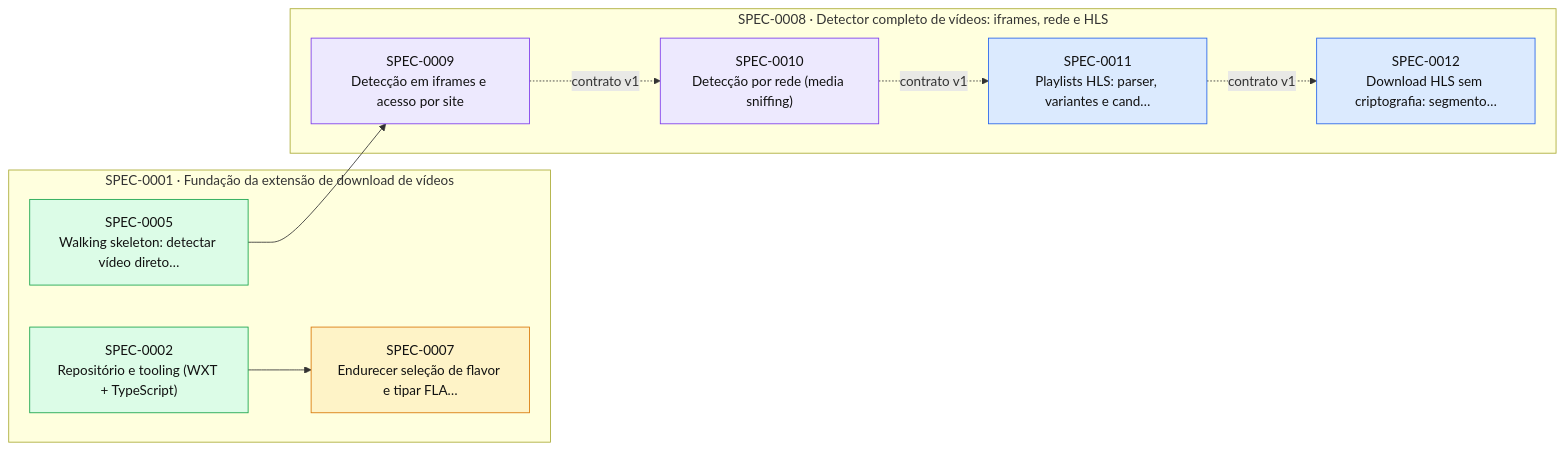
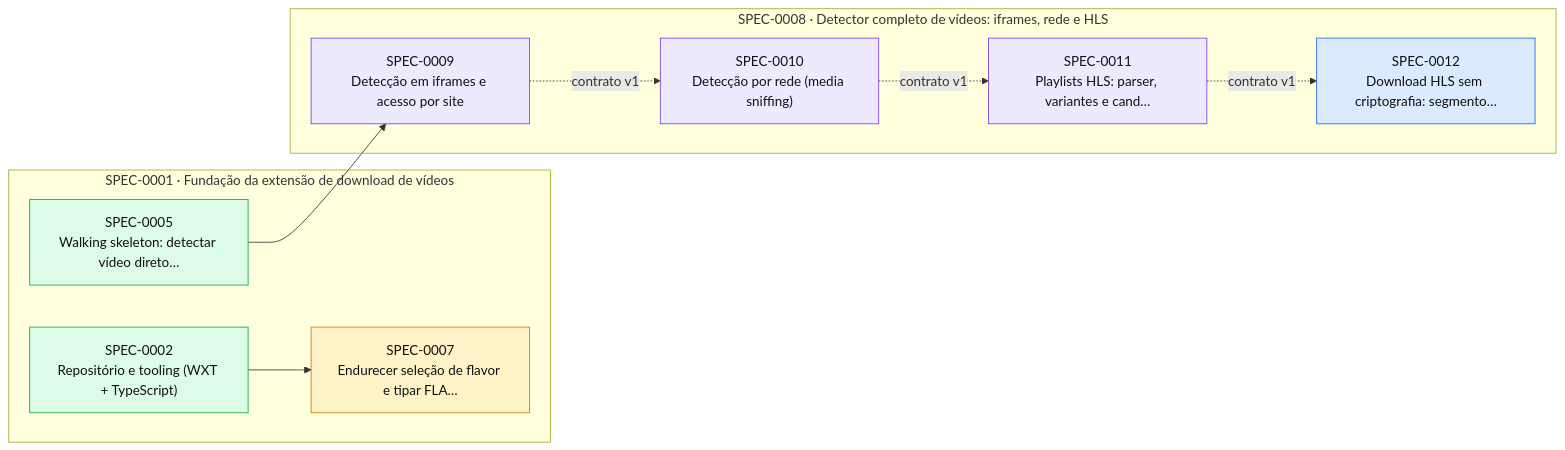
Before and after one commit to thomasravache/video-downloader: the diagram in docs/specs/INDEX.md, drawn with Mermaid. The commit also changed other lines of this file and 1 other file, not shown here.

First line of the commit message:
docs(sdd): start SPEC-0011

````diff
--- a/docs/specs/INDEX.md
+++ b/docs/specs/INDEX.md
@@ -63,24 +63,24 @@
 ```mermaid
 flowchart LR
   subgraph E0001["SPEC-0001 · Fundação da extensão de download de vídeos"]
     S0002["SPEC-0002<br/>Repositório e tooling (WXT + TypeScript)"]:::implemented
     S0005["SPEC-0005<br/>Walking skeleton: detectar vídeo direto…"]:::implemented
     S0007["SPEC-0007<br/>Endurecer seleção de flavor e tipar FLA…"]:::proposed
   end
   subgraph E0008["SPEC-0008 · Detector completo de vídeos: iframes, rede e HLS"]
     S0009["SPEC-0009<br/>Detecção em iframes e acesso por site"]:::inprogress
     S0010["SPEC-0010<br/>Detecção por rede (media sniffing)"]:::inprogress
-    S0011["SPEC-0011<br/>Playlists HLS: parser, variantes e cand…"]:::approved
+    S0011["SPEC-0011<br/>Playlists HLS: parser, variantes e cand…"]:::inprogress
     S0012["SPEC-0012<br/>Download HLS sem criptografia: segmento…"]:::approved
   end
   S0002 --> S0007
   S0005 --> S0009
   S0009 -. contrato v1 .-> S0010
   S0010 -. contrato v1 .-> S0011
   S0011 -. contrato v1 .-> S0012
   classDef proposed fill:#fef3c7,stroke:#d97706,color:#111
   classDef approved fill:#dbeafe,stroke:#2563eb,color:#111
   classDef inprogress fill:#ede9fe,stroke:#7c3aed,color:#111
   classDef implemented fill:#dcfce7,stroke:#16a34a,color:#111
   classDef deprecated fill:#f3f4f6,stroke:#9ca3af,color:#6b7280
 ```
````
